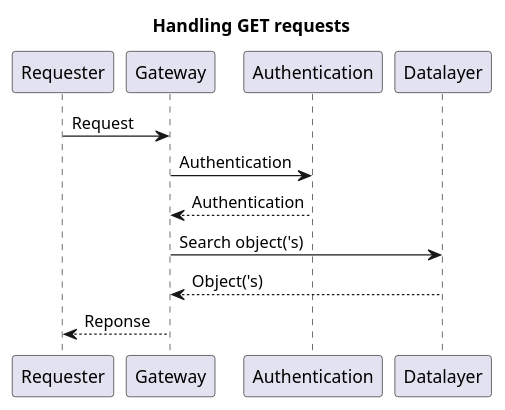
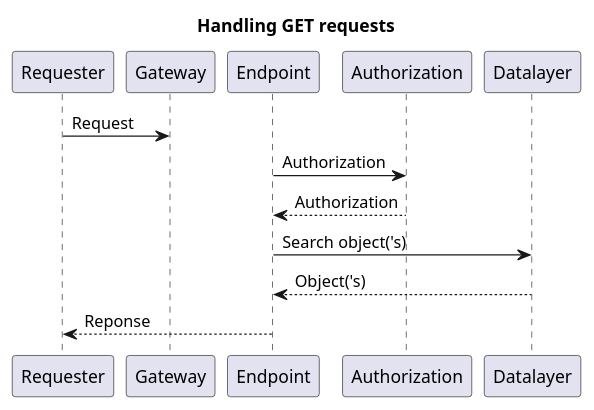
One commit to CommonGateway/CoreBundle changed the diagram in docs/features/request_get.puml. Above: the diagram before and after it, drawn with PlantUML. The commit also changed 4 other files, not shown here.

```diff
--- a/docs/features/request_get.puml
+++ b/docs/features/request_get.puml
@@ -1,9 +1,9 @@
 @startuml
 title: Handling GET requests
 Requester -> Gateway: Request
-Gateway -> Authentication  : Authentication
-Authentication --> Gateway  : Authentication
-Gateway -> Datalayer : Search object('s)
-Datalayer --> Gateway: Object('s)
-Gateway --> Requester: Reponse
+Endpoint -> Authorization  : Authorization
+Authorization --> Endpoint  : Authorization
+Endpoint -> Datalayer : Search object('s)
+Datalayer --> Endpoint: Object('s)
+Endpoint --> Requester: Reponse
 @enduml
```
